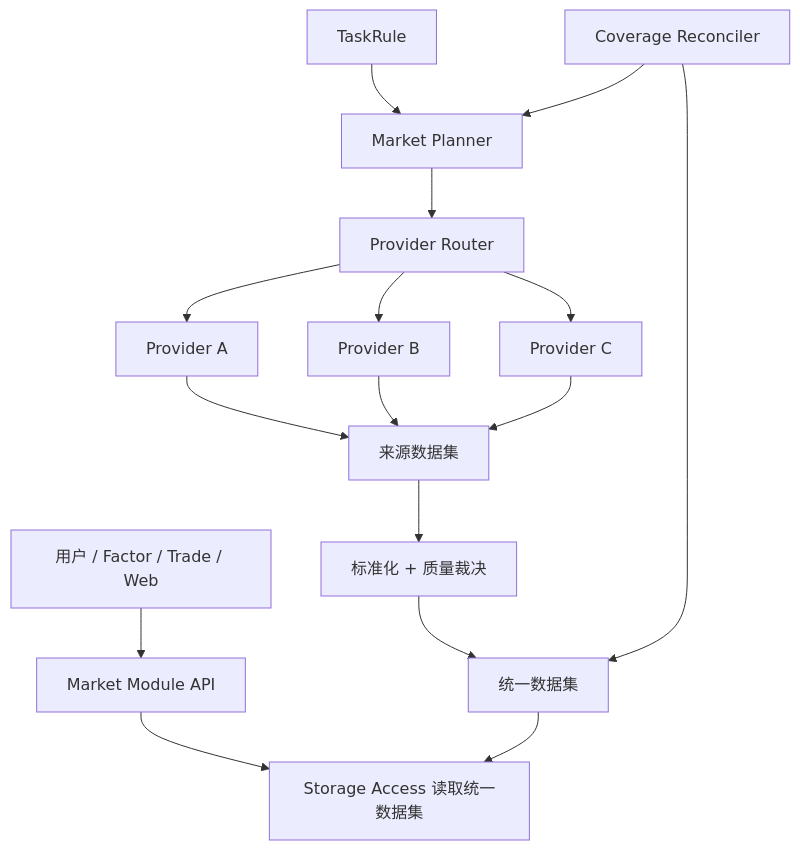
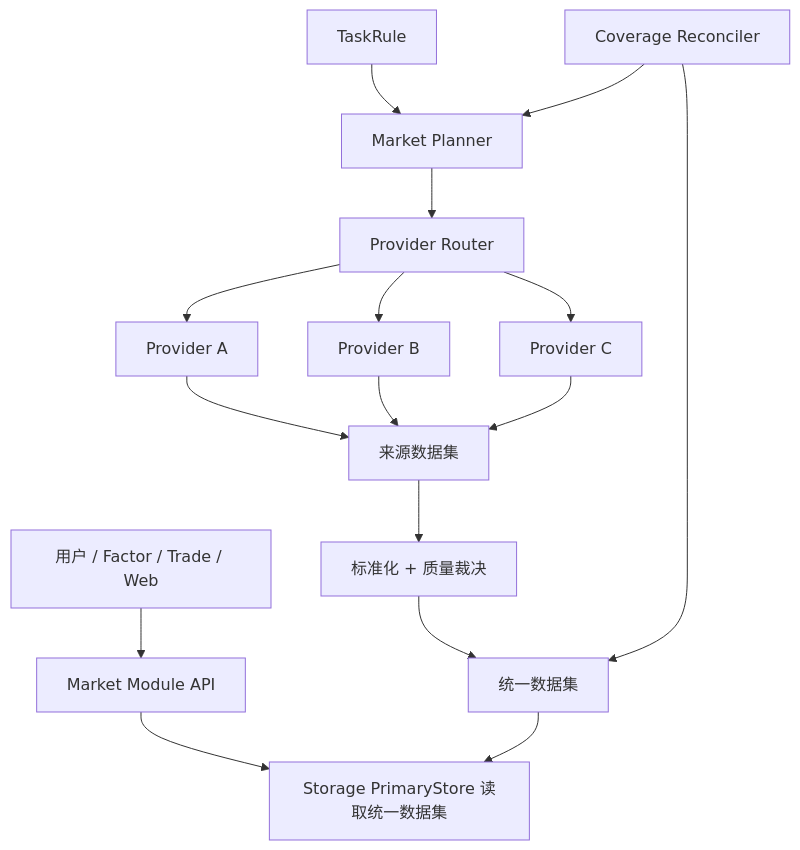
Before and after one commit to mooyang-code/moox: the diagram in docs/内置市场行情采集架构.md, drawn with Mermaid. The commit also changed other lines of this file and 382 other files, not shown here.

Commit message:
refactor(storage): enforce primary shard boundary

````diff
--- a/docs/内置市场行情采集架构.md
+++ b/docs/内置市场行情采集架构.md
@@ -104,19 +104,19 @@
 ```mermaid
 flowchart TD
     User["用户 / Factor / Trade / Web"] --> Market["Market Module API"]
-    Market --> Read["Storage Access 读取统一数据集"]
+    Market --> Read["Storage PrimaryStore 读取统一数据集"]
 
     Rule["TaskRule"] --> Planner["Market Planner"]
     Planner --> Router["Provider Router"]
     Router --> P1["Provider A"]
     Router --> P2["Provider B"]
     Router --> P3["Provider C"]
     P1 --> SourceData["来源数据集"]
     P2 --> SourceData
     P3 --> SourceData
     SourceData --> Quality["标准化 + 质量裁决"]
     Quality --> Unified["统一数据集"]
     Unified --> Read
     Coverage["Coverage Reconciler"] --> Unified
     Coverage --> Planner
 ```
````
